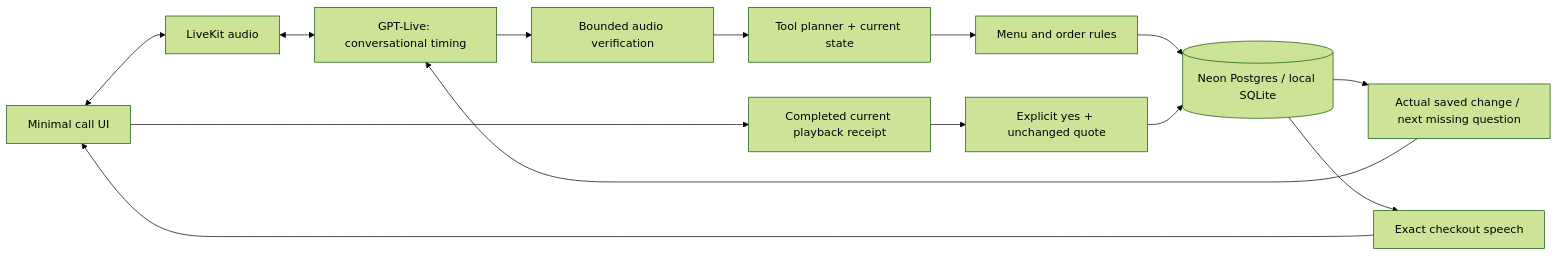
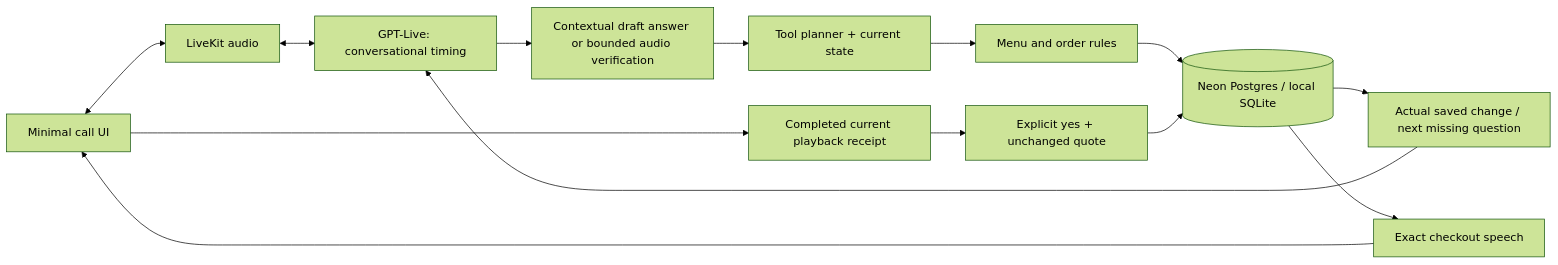
The diagram in README.md (clechz/sawt_demo), drawn with Mermaid (forest theme) before and after one commit. The commit also changed other lines of this file and 40 other files, not shown here.

````diff
--- a/README.md
+++ b/README.md
@@ -103,16 +103,16 @@
 ```mermaid
 flowchart LR
   UI[Minimal call UI] <--> LK[LiveKit audio]
   LK <--> Voice[GPT-Live: conversational timing]
-  Voice --> Verify[Bounded audio verification]
+  Voice --> Verify[Contextual draft answer or bounded audio verification]
   Verify --> Planner[Tool planner + current state]
   Planner --> Rules[Menu and order rules]
   Rules --> DB[(Neon Postgres / local SQLite)]
   DB --> Reply[Actual saved change / next missing question]
   Reply --> Voice
   DB --> Readback[Exact checkout speech]
   Readback --> UI
   UI --> Receipt[Completed current playback receipt]
   Receipt --> Confirm[Explicit yes + unchanged quote]
   Confirm --> DB
 ```
````
